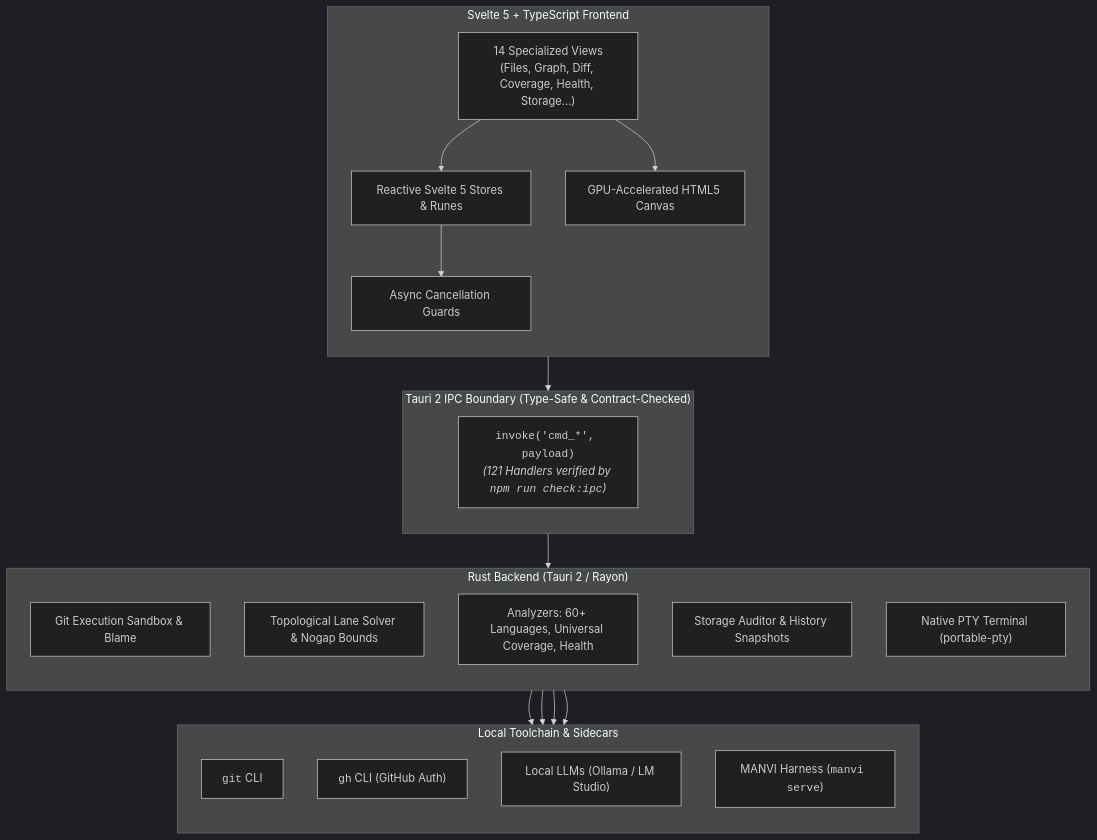
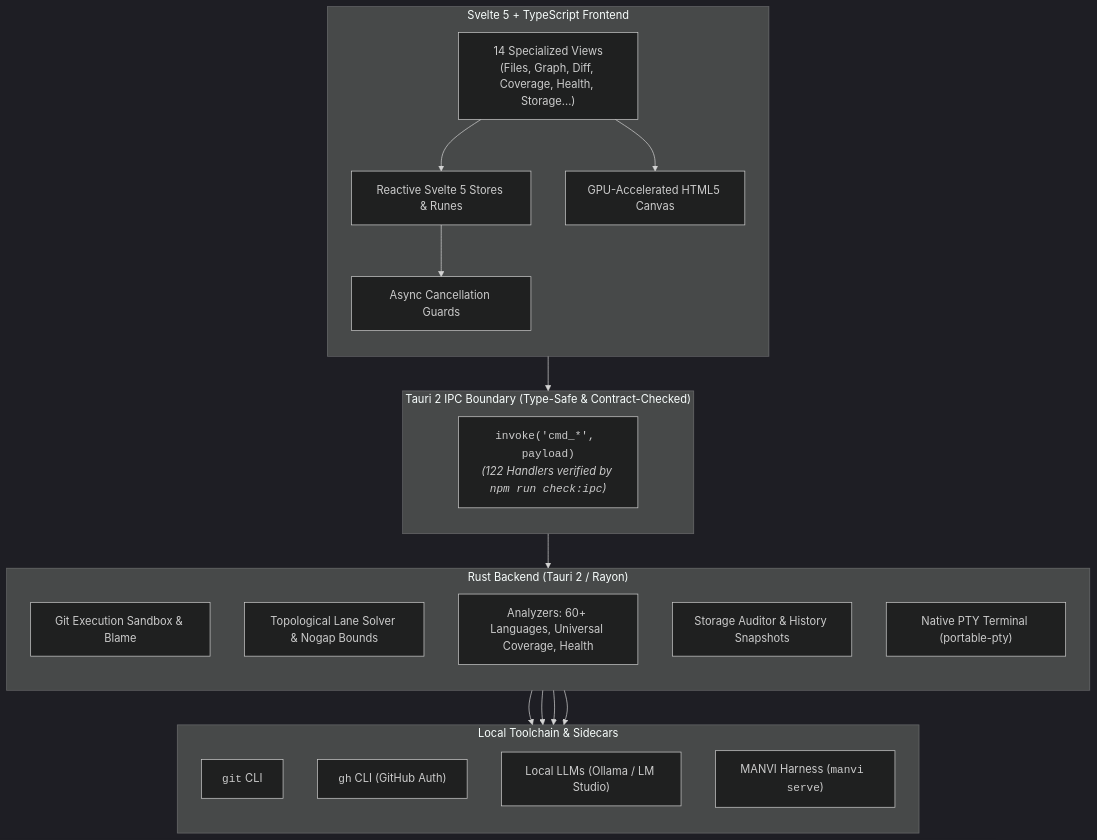
Before and after one commit to bharathvbcr/GitPulse: the first of 4 diagrams in README.md, drawn with Mermaid (dark theme). The commit also changed other lines of this file and 11 other files, not shown here.

````diff
--- a/README.md
+++ b/README.md
@@ -41,43 +41,43 @@
 ```mermaid
 flowchart TB
     subgraph Frontend["Svelte 5 + TypeScript Frontend"]
         direction TB
         Views["14 Specialized Views<br/>(Files, Graph, Diff, Coverage, Health, Storage...)"]
         Stores["Reactive Svelte 5 Stores & Runes"]
         CanvasEngine["GPU-Accelerated HTML5 Canvas"]
         AsyncGuards["Async Cancellation Guards"]
         
         Views --> Stores
         Views --> CanvasEngine
         Stores --> AsyncGuards
     end
 
     subgraph IPC["Tauri 2 IPC Boundary (Type-Safe & Contract-Checked)"]
         direction TB
-        IPCBridge["<code>invoke('cmd_*', payload)</code><br/><i>(121 Handlers verified by <code>npm run check:ipc</code>)</i>"]
+        IPCBridge["<code>invoke('cmd_*', payload)</code><br/><i>(122 Handlers verified by <code>npm run check:ipc</code>)</i>"]
     end
 
     subgraph Backend["Rust Backend (Tauri 2 / Rayon)"]
         direction TB
         GitSandbox["Git Execution Sandbox & Blame"]
         GraphSolver["Topological Lane Solver & Nogap Bounds"]
         Analyzers["Analyzers: 60+ Languages, Universal Coverage, Health"]
         StorageEngine["Storage Auditor & History Snapshots"]
         TerminalPTY["Native PTY Terminal (portable-pty)"]
     end
 
     subgraph LocalTools["Local Toolchain & Sidecars"]
         direction TB
         GitCLI["<code>git</code> CLI"]
         GhCLI["<code>gh</code> CLI (GitHub Auth)"]
         LocalAI["Local LLMs (Ollama / LM Studio)"]
         ManviSidecar["MANVI Harness (<code>manvi serve</code>)"]
     end
 
     AsyncGuards --> IPCBridge
     IPCBridge --> Backend
     GitSandbox --> GitCLI
     Analyzers --> GhCLI
     Analyzers --> LocalAI
     Backend --> ManviSidecar
 ```
````
